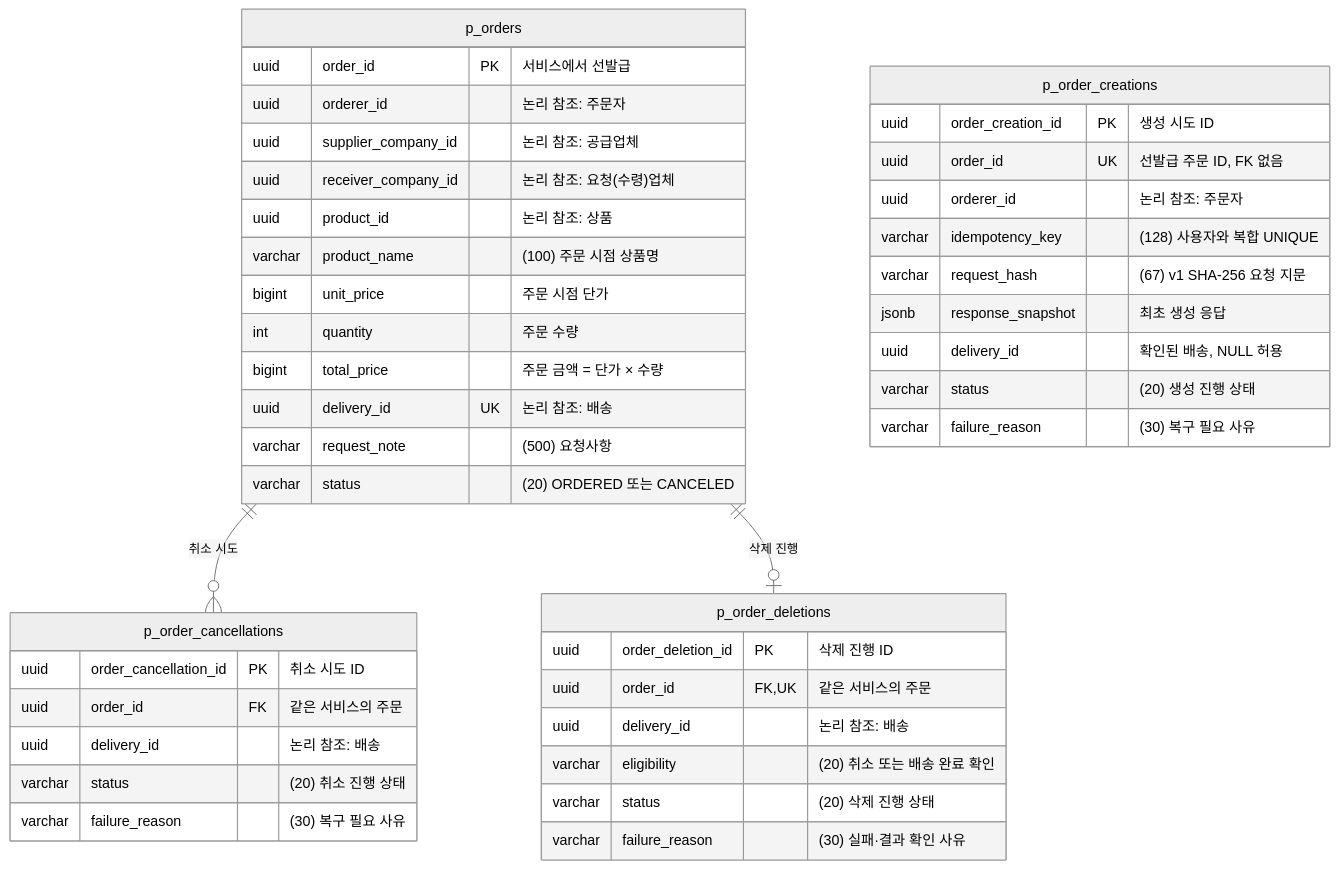
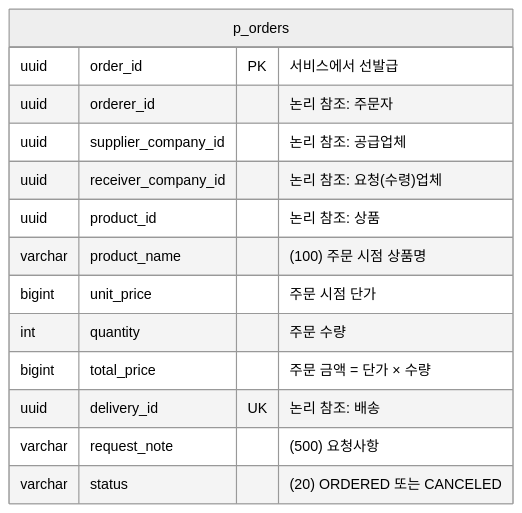
Before and after one commit to logistics-group3/logistics-management: diagram 16 of 20 in docs/SA/sparta-logistics-sa.md, drawn with Mermaid (neutral theme). The commit also changed other lines of this file and 608 other files, not shown here.

````diff
--- a/docs/SA/sparta-logistics-sa.md
+++ b/docs/SA/sparta-logistics-sa.md
@@ -539,45 +532,17 @@
 ```mermaid
 erDiagram
-    p_orders ||--o{ p_order_cancellations : "취소 시도"
-    p_orders ||--o| p_order_deletions : "삭제 진행"
     p_orders {
         uuid order_id PK "서비스에서 선발급"
         uuid orderer_id "논리 참조: 주문자"
         uuid supplier_company_id "논리 참조: 공급업체"
         uuid receiver_company_id "논리 참조: 요청(수령)업체"
         uuid product_id "논리 참조: 상품"
         varchar product_name "(100) 주문 시점 상품명"
         bigint unit_price "주문 시점 단가"
         int quantity "주문 수량"
         bigint total_price "주문 금액 = 단가 × 수량"
         uuid delivery_id UK "논리 참조: 배송"
         varchar request_note "(500) 요청사항"
         varchar status "(20) ORDERED 또는 CANCELED"
     }
-    p_order_creations {
-        uuid order_creation_id PK "생성 시도 ID"
-        uuid order_id UK "선발급 주문 ID, FK 없음"
-        uuid orderer_id "논리 참조: 주문자"
-        varchar idempotency_key "(128) 사용자와 복합 UNIQUE"
-        varchar request_hash "(67) v1 SHA-256 요청 지문"
-        jsonb response_snapshot "최초 생성 응답"
-        uuid delivery_id "확인된 배송, NULL 허용"
-        varchar status "(20) 생성 진행 상태"
-        varchar failure_reason "(30) 복구 필요 사유"
-    }
-    p_order_cancellations {
-        uuid order_cancellation_id PK "취소 시도 ID"
-        uuid order_id FK "같은 서비스의 주문"
-        uuid delivery_id "논리 참조: 배송"
-        varchar status "(20) 취소 진행 상태"
-        varchar failure_reason "(30) 복구 필요 사유"
-    }
-    p_order_deletions {
-        uuid order_deletion_id PK "삭제 진행 ID"
-        uuid order_id FK,UK "같은 서비스의 주문"
-        uuid delivery_id "논리 참조: 배송"
-        varchar eligibility "(20) 취소 또는 배송 완료 확인"
-        varchar status "(20) 삭제 진행 상태"
-        varchar failure_reason "(30) 실패·결과 확인 사유"
-    }
 ```
````
